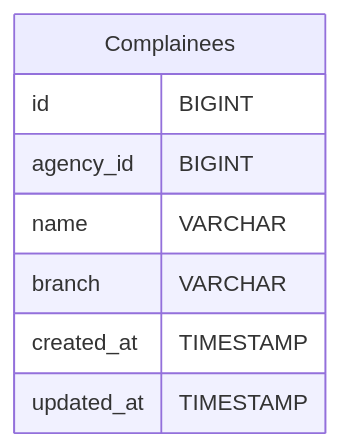
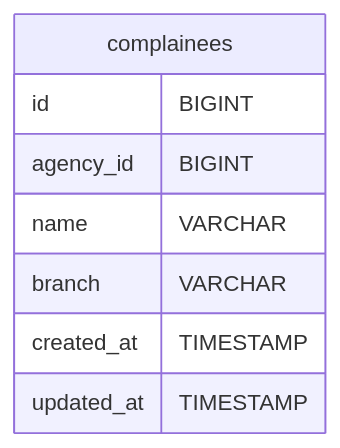
Before and after one commit to codeitlikemiley/arta-ecms-docs: diagram 16 of 41 in infrastructure/db-schema.mdx, drawn with Mermaid. The commit also changed other lines of this file and 34 other files, not shown here.

````diff
--- a/infrastructure/db-schema.mdx
+++ b/infrastructure/db-schema.mdx
@@ -376,11 +647,11 @@
-```mermaid
-erDiagram
-Complainees {
-        id BIGINT
-        agency_id BIGINT
-        name VARCHAR
-        branch VARCHAR
-        created_at TIMESTAMP
-        updated_at TIMESTAMP
-    }
-```
+      ```mermaid
+      erDiagram
+          complainees {
+              id BIGINT
+              agency_id BIGINT
+              name VARCHAR
+              branch VARCHAR
+              created_at TIMESTAMP
+              updated_at TIMESTAMP
+          }
+      ```
````
